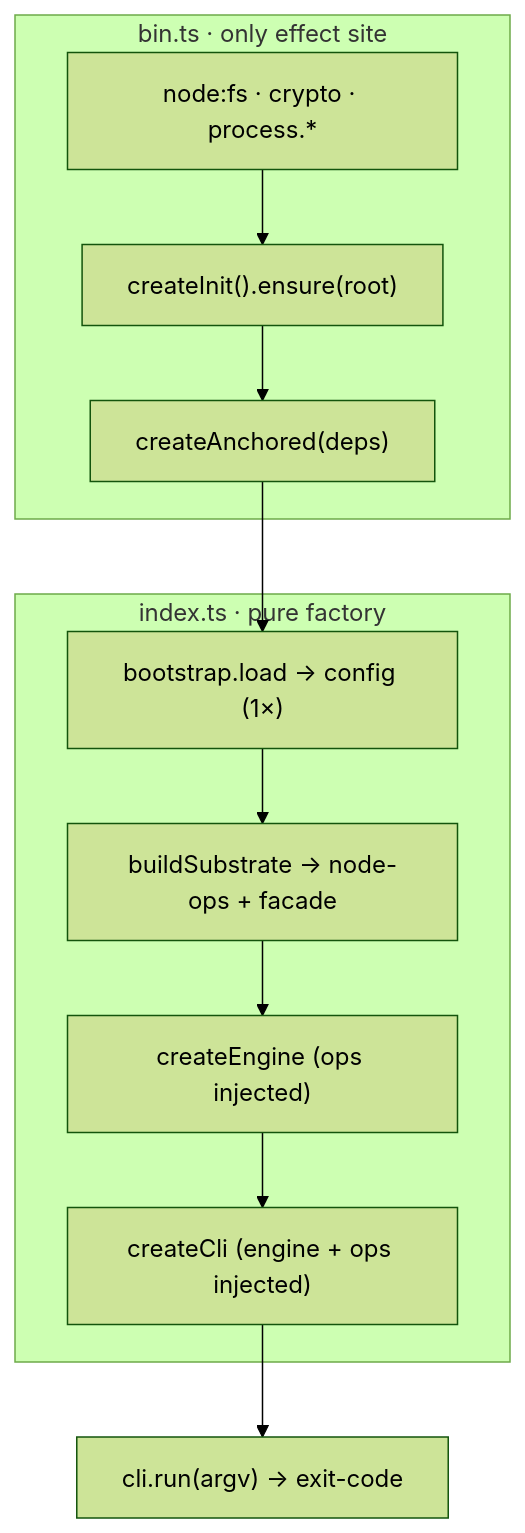
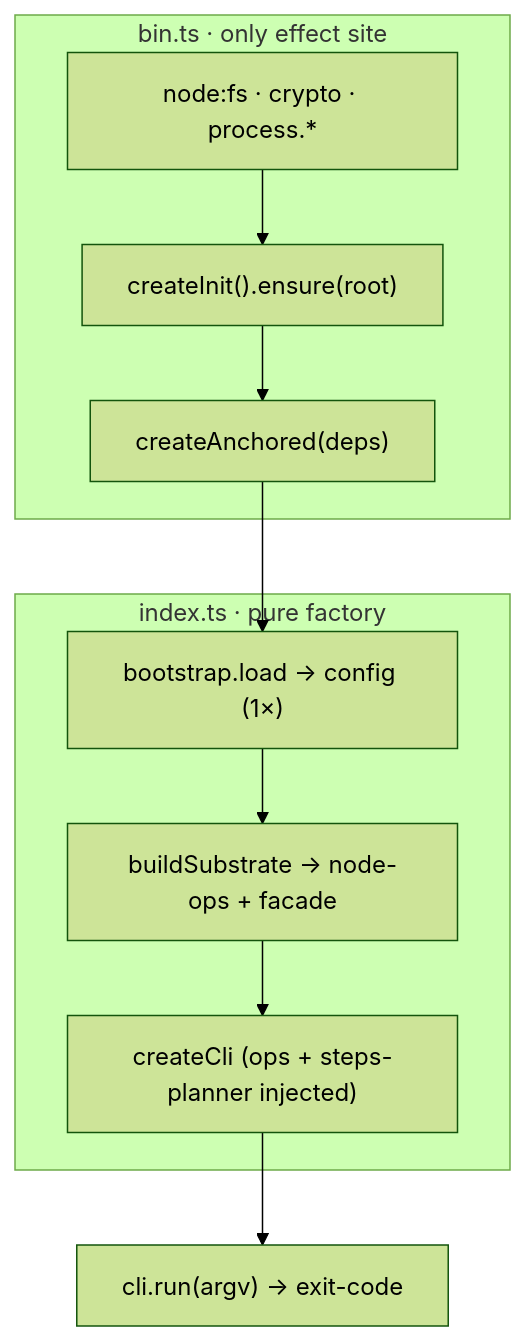
The diagram in docs/core/wiring.md (chafoo/anchored), drawn with Mermaid (forest theme) before and after one commit. The commit also changed other lines of this file and 18 other files, not shown here.

````diff
--- a/docs/core/wiring.md
+++ b/docs/core/wiring.md
@@ -28,14 +30,13 @@
 ```mermaid
 flowchart TB
     subgraph bin["bin.ts · only effect site"]
         fx["node:fs · crypto · process.*"] --> init["createInit().ensure(root)"]
         init --> ca["createAnchored(deps)"]
     end
     subgraph idx["index.ts · pure factory"]
         boot["bootstrap.load → config (1×)"] --> ops["buildSubstrate → node-ops + facade"]
-        ops --> eng["createEngine (ops injected)"]
-        eng --> cli["createCli (engine + ops injected)"]
+        ops --> cli["createCli (ops + steps-planner injected)"]
     end
     ca --> boot
     cli --> run["cli.run(argv) → exit-code"]
 ```
````
